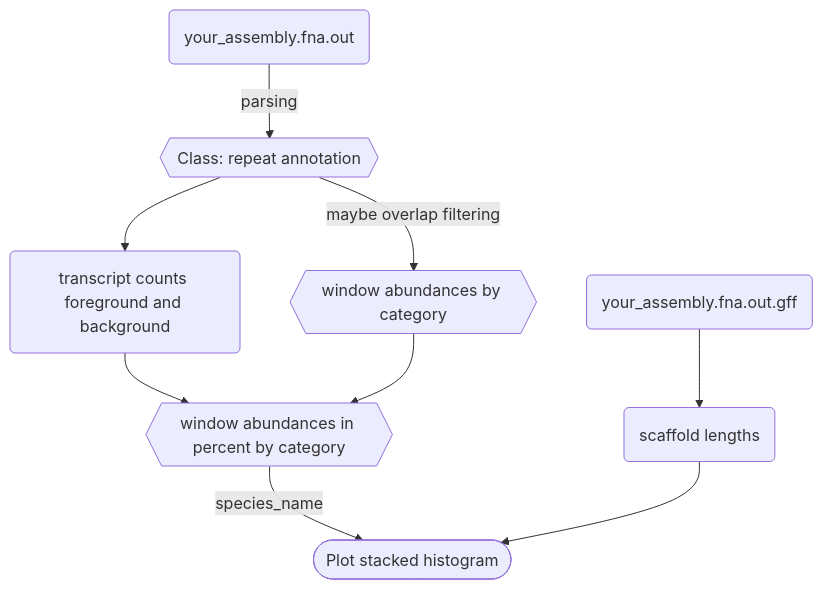
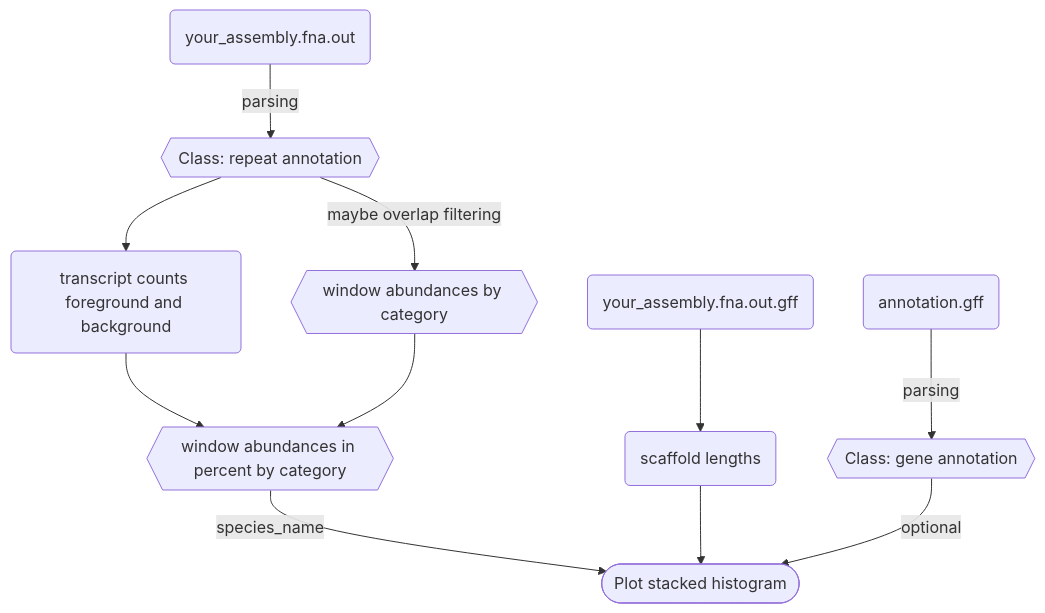
One commit to milena-t/ReVis changed the first of 2 diagrams in README.md. Above: the diagram before and after it, drawn with Mermaid.

Commit message:
add genomeannot mermaid

````diff
--- a/README.md
+++ b/README.md
@@ -68,14 +68,16 @@
 ```mermaid
 graph TD;
     infile_out(your_assembly.fna.out);
     infile_out -- parsing --> rep_annot{{Class: repeat annotation}};
+    infile_annot(annotation.gff);
+    infile_annot -- parsing --> gene_annot{{Class: gene annotation}};
     rep_annot -- maybe overlap filtering --> win_ab{{window abundances by category}};
     rep_annot --> tr_count(transcript counts foreground and background);
     tr_count --> win_prop{{window abundances in percent by category}}
     win_ab --> win_prop
     infile_gff(your_assembly.fna.out.gff);
     infile_gff --> contig_coords(scaffold lengths);
-
     win_prop -- species_name --> plot([Plot stacked histogram])
     contig_coords --> plot
+    gene_annot -- optional --> plot
 ```   
````
